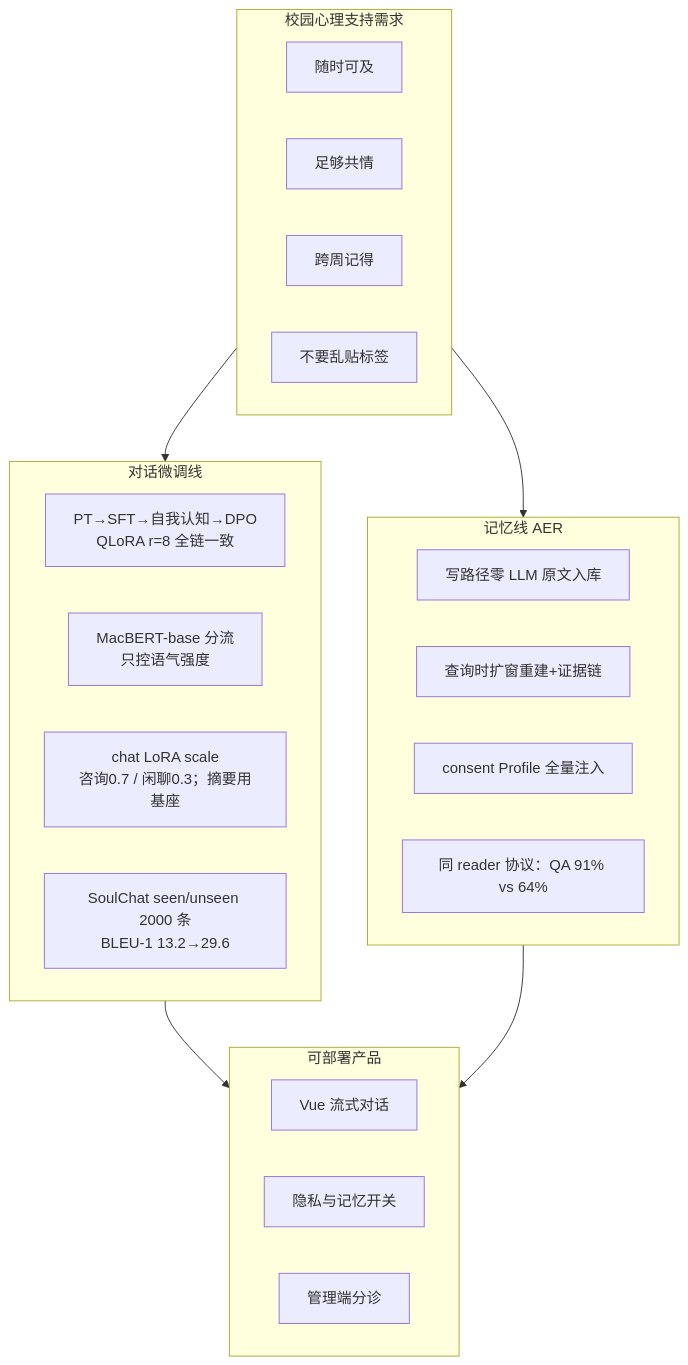
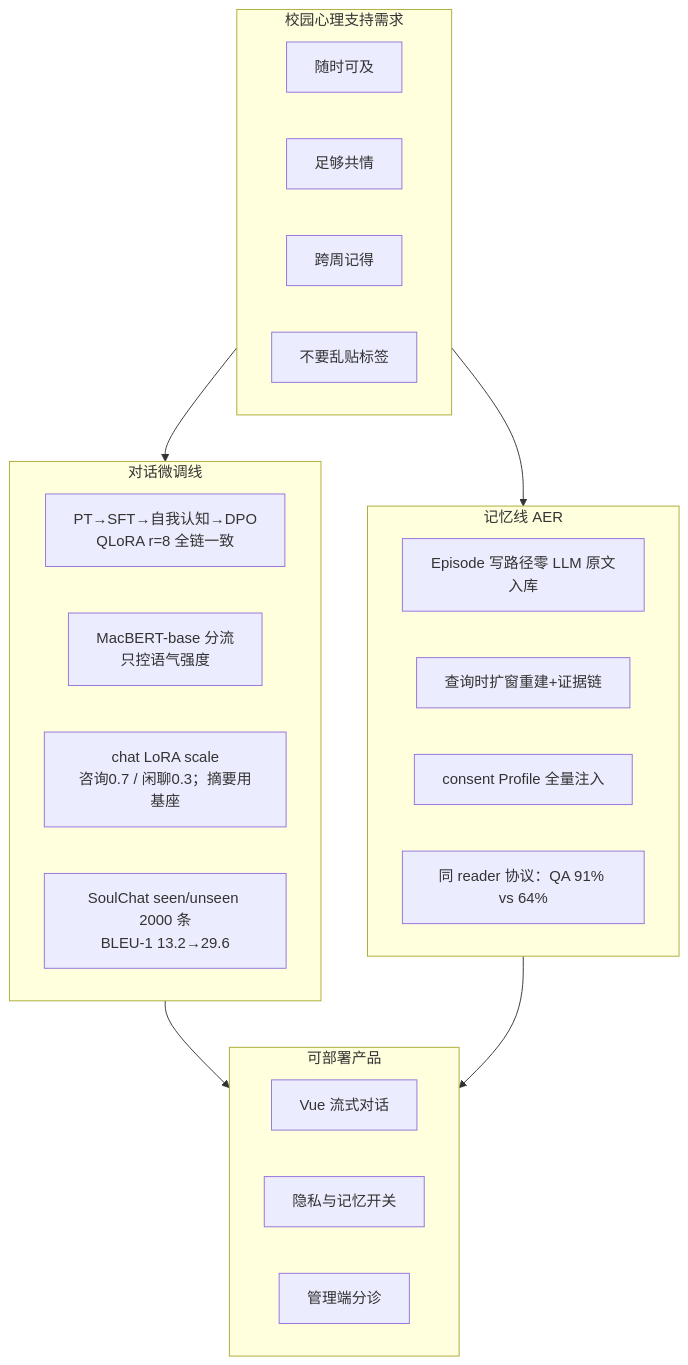
The diagram in 项目文档/00_SoulHarbor故事与终稿叙事.md (Hi-Zachary/Soulharbor), drawn with Mermaid before and after one commit. The commit also changed other lines of this file and 10 other files, not shown here.

````diff
--- a/项目文档/00_SoulHarbor故事与终稿叙事.md
+++ b/项目文档/00_SoulHarbor故事与终稿叙事.md
@@ -175,32 +175,32 @@
 ```mermaid
 flowchart TB
   subgraph Need["校园心理支持需求"]
     N1[随时可及]
     N2[足够共情]
     N3[跨周记得]
     N4[不要乱贴标签]
   end
 
   subgraph Tune["对话微调线"]
     T1[PT→SFT→自我认知→DPO<br/>QLoRA r=8 全链一致]
     T2[MacBERT-base 分流<br/>只控语气强度]
     T3[chat LoRA scale<br/>咨询0.7 / 闲聊0.3；摘要用基座]
     T4[SoulChat seen/unseen 2000 条<br/>BLEU-1 13.2→29.6]
   end
 
   subgraph Mem["记忆线 AER"]
-    M1[写路径零 LLM 原文入库]
+    M1[Episode 写路径零 LLM 原文入库]
     M2[查询时扩窗重建+证据链]
     M3[consent Profile 全量注入]
     M4[同 reader 协议：QA 91% vs 64%]
   end
 
   subgraph Out["可部署产品"]
     P1[Vue 流式对话]
     P2[隐私与记忆开关]
     P3[管理端分诊]
   end
 
   Need --> Tune --> Out
   Need --> Mem --> Out
 ```
````
